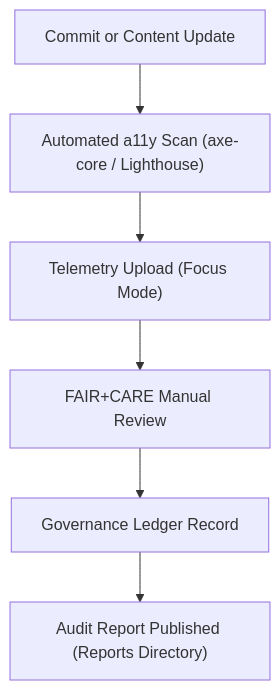
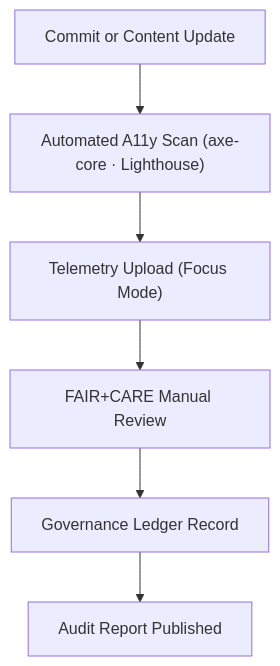
One commit to bartytime4life/Kansas-Frontier-Matrix changed the diagram in docs/accessibility/patterns/testing-validation.md. Above: the diagram before and after it, drawn with Mermaid. The commit also changed other lines of this file, not shown here.

````diff
--- a/docs/accessibility/patterns/testing-validation.md
+++ b/docs/accessibility/patterns/testing-validation.md
@@ -127,8 +191,9 @@
-```mermaid
+~~~mermaid
 flowchart TD
-  A["Commit or Content Update"] --> B["Automated a11y Scan (axe-core / Lighthouse)"]
+  A["Commit or Content Update"]
+    --> B["Automated A11y Scan (axe-core · Lighthouse)"]
   B --> C["Telemetry Upload (Focus Mode)"]
   C --> D["FAIR+CARE Manual Review"]
   D --> E["Governance Ledger Record"]
-  E --> F["Audit Report Published (Reports Directory)"]
-```
+  E --> F["Audit Report Published"]
+~~~
````
